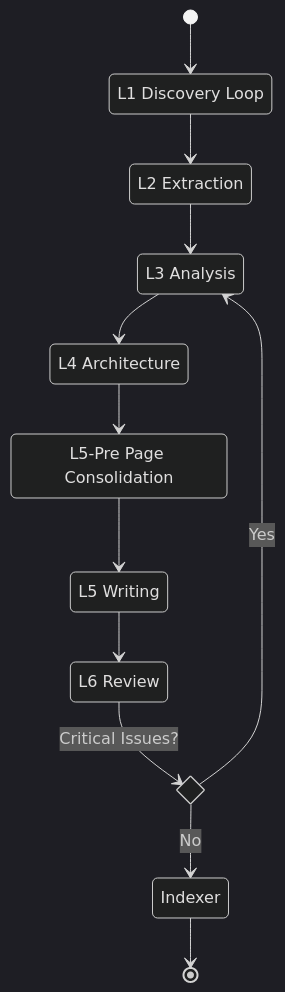
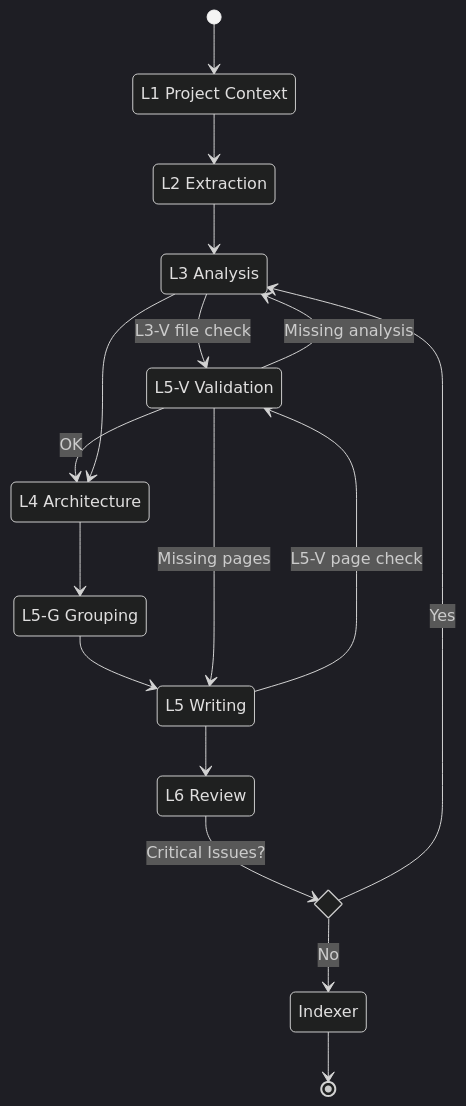
The diagram in docs/agent-orchestration.md (ifapmzadu6/vscode-copilot-deepwiki-extention), drawn with Mermaid (dark theme) before and after one commit. The commit also changed other lines of this file and 1 other file, not shown here.

Commit message:
docs: remove L5-Pre references and update pipeline diagrams

````diff
--- a/docs/agent-orchestration.md
+++ b/docs/agent-orchestration.md
@@ -85,25 +85,31 @@
 ```mermaid
 stateDiagram-v2
     [*] --> L1
-    state "L1 Discovery Loop" as L1
+    state "L1 Project Context" as L1
     state "L2 Extraction" as L2
     state "L3 Analysis" as L3
     state "L4 Architecture" as L4
-    state "L5-Pre Page Consolidation" as L5Pre
+    state "L5-G Grouping" as L5G
     state "L5 Writing" as L5
+    state "L5-V Validation" as L5V
     state "L6 Review" as L6
     state "Indexer" as Indexer
 
     L1 --> L2
     L2 --> L3
+    L3 --> L5V: L3-V file check
+    L5V --> L3: Missing analysis
+    L5V --> L4: OK
     L3 --> L4
-    L4 --> L5Pre
-    L5Pre --> L5
+    L4 --> L5G
+    L5G --> L5
+    L5 --> L5V: L5-V page check
+    L5V --> L5: Missing pages
     L5 --> L6
 
     state L6_Decision <<choice>>
     L6 --> L6_Decision: Critical Issues?
     L6_Decision --> L3: Yes
     L6_Decision --> Indexer: No
     Indexer --> [*]
 ```
````
